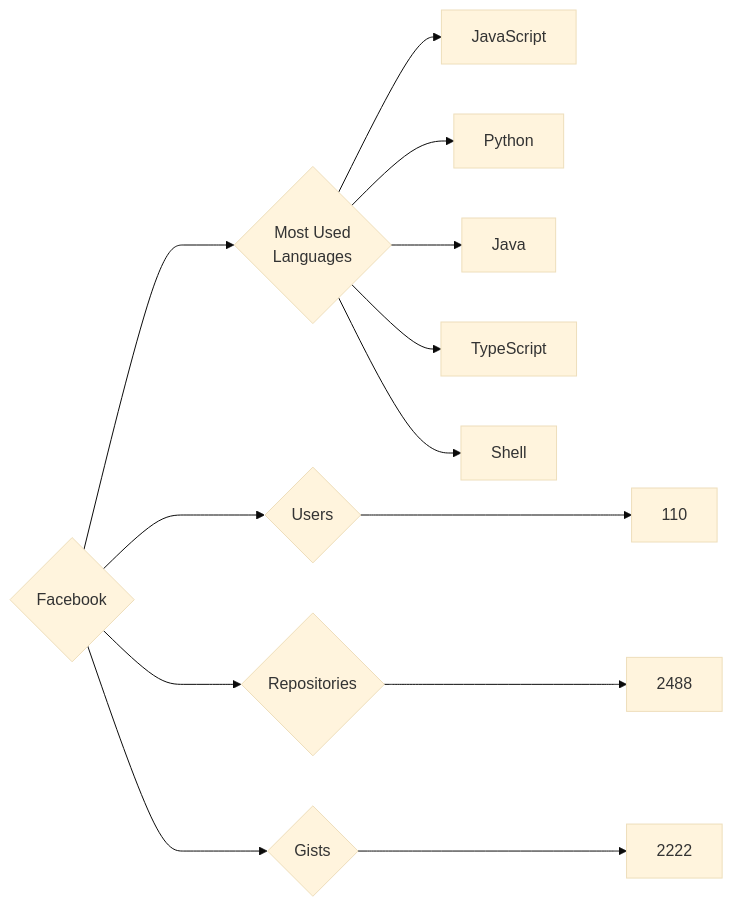
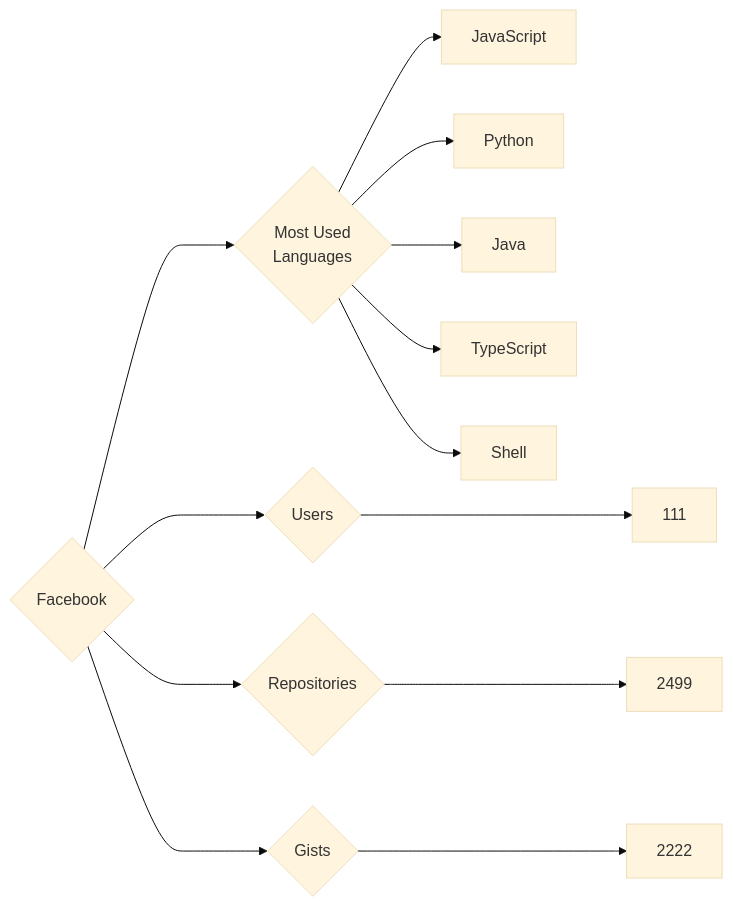
Before and after one commit to trickest/insiders: the diagram in targets/Facebook/README.md, drawn with Mermaid (base theme). The commit also changed 636 other files, not shown here.

````diff
--- a/targets/Facebook/README.md
+++ b/targets/Facebook/README.md
@@ -3,13 +3,13 @@
 ```mermaid
 graph LR
 COMPANY_NAME{Facebook}
-COMPANY_NAME ---> U{Users} ---> UN[110]
-COMPANY_NAME ---> R{Repositories} ---> RN[2488]
+COMPANY_NAME ---> U{Users} ---> UN[111]
+COMPANY_NAME ---> R{Repositories} ---> RN[2499]
 COMPANY_NAME ---> G{Gists} ---> GN[2222]
 COMPANY_NAME ---> ML{Most Used<br>Languages}
 ML --> JavaScript[JavaScript]
 ML --> Python[Python]
 ML --> Java[Java]
 ML --> TypeScript[TypeScript]
 ML --> Shell[Shell]
 ```
````
